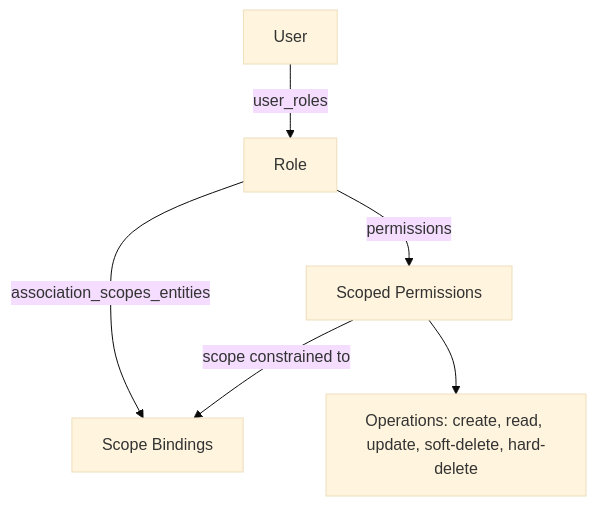
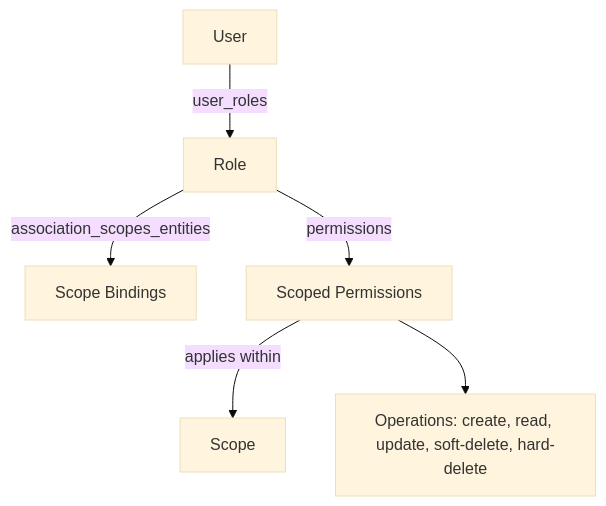
The diagram in proposals/BEP-1008-RBAC.md (lablup/backend.ai), drawn with Mermaid (base theme) before and after one commit. The commit also changed other lines of this file and 2 other files, not shown here.

First line of the commit message:
docs: remove permission scope constraint from role's bound scopes

````diff
--- a/proposals/BEP-1008-RBAC.md
+++ b/proposals/BEP-1008-RBAC.md
@@ -26,8 +26,8 @@
 ```mermaid
 graph TD
     A[User] -->|user_roles| B[Role]
     B -->|association_scopes_entities| S[Scope Bindings]
     B -->|permissions| C[Scoped Permissions]
-    C -->|scope constrained to| S
+    C -->|applies within| Scope
     C --> E[Operations: create, read, update, soft-delete, hard-delete]
 ```
````
